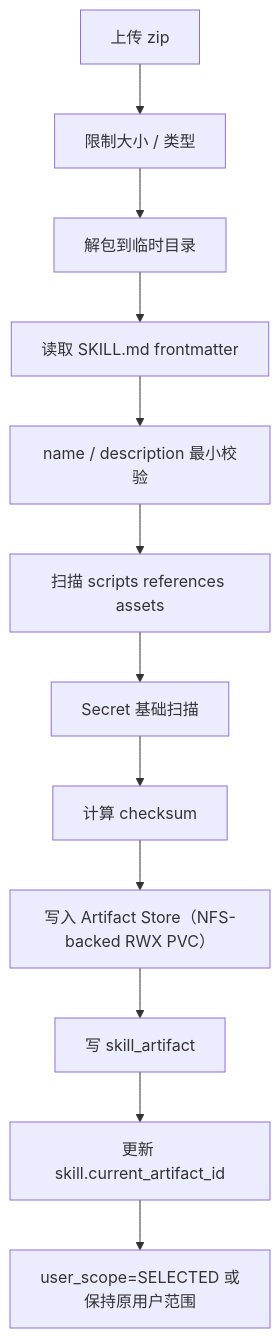
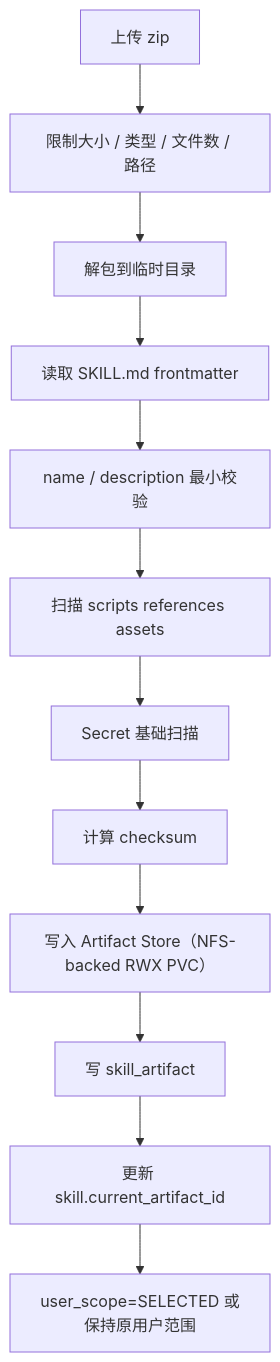
One commit to Michaelxwb/fluxion-harness changed the second of 5 diagrams in docs/03-Console-Platform详细设计.md. Above: the diagram before and after it, drawn with Mermaid. The commit also changed other lines of this file and 55 other files, not shown here.

````diff
--- a/docs/03-Console-Platform详细设计.md
+++ b/docs/03-Console-Platform详细设计.md
@@ -202,14 +191,14 @@
 ```mermaid
 flowchart TD
-    A[上传 zip] --> B[限制大小 / 类型]
+    A[上传 zip] --> B[限制大小 / 类型 / 文件数 / 路径]
     B --> C[解包到临时目录]
     C --> D[读取 SKILL.md frontmatter]
     D --> E[name / description 最小校验]
     E --> F[扫描 scripts references assets]
     F --> G[Secret 基础扫描]
     G --> H[计算 checksum]
     H --> I[写入 Artifact Store（NFS-backed RWX PVC）]
     I --> J[写 skill_artifact]
     J --> K[更新 skill.current_artifact_id]
     K --> L[user_scope=SELECTED 或保持原用户范围]
 ```
````
